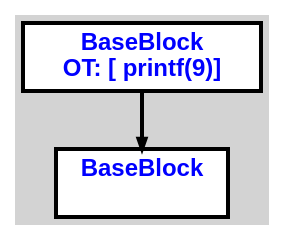
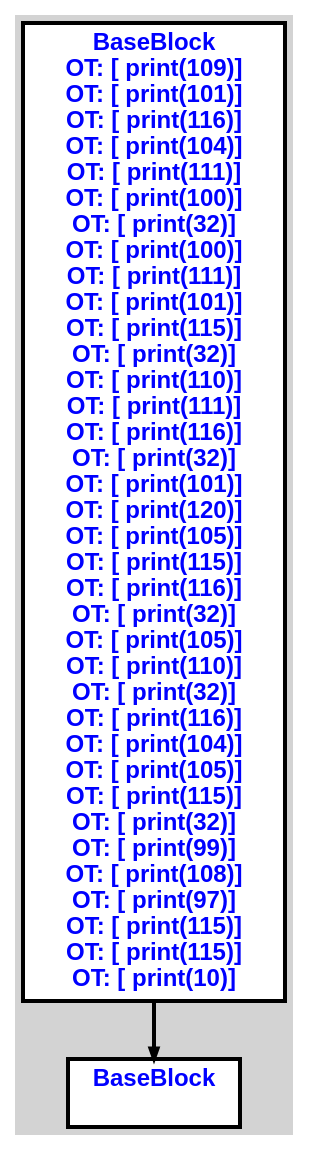
Before and after one commit to aveen007/CountingMonkeys: the diagram in cpoCompilerWin/input2.txt.error.dot, drawn with Graphviz. The commit also changed 27 other files, not shown here.

```diff
--- a/cpoCompilerWin/input2.txt.error.dot
+++ b/cpoCompilerWin/input2.txt.error.dot
@@ -1,11 +1,46 @@
 digraph G {
 ordering=out;
 ranksep=.4;
 bgcolor="lightgrey";  node [shape=box, fixedsize=false, fontsize=12, fontname="Helvetica-bold", fontcolor="blue"
 width=.25, height=.25, color="black", fillcolor="white", style="filled, solid, bold"];
 
-edge [arrowsize=.5, color="black", style="bold"]    n0000120A749253C0 [label="BaseBlock\n OT: [ printf(9)]
+edge [arrowsize=.5, color="black", style="bold"]    n0000126D3A2A4C40 [label="BaseBlock\n OT: [ print(109)]
+OT: [ print(101)]
+OT: [ print(116)]
+OT: [ print(104)]
+OT: [ print(111)]
+OT: [ print(100)]
+OT: [ print(32)]
+OT: [ print(100)]
+OT: [ print(111)]
+OT: [ print(101)]
+OT: [ print(115)]
+OT: [ print(32)]
+OT: [ print(110)]
+OT: [ print(111)]
+OT: [ print(116)]
+OT: [ print(32)]
+OT: [ print(101)]
+OT: [ print(120)]
+OT: [ print(105)]
+OT: [ print(115)]
+OT: [ print(116)]
+OT: [ print(32)]
+OT: [ print(105)]
+OT: [ print(110)]
+OT: [ print(32)]
+OT: [ print(116)]
+OT: [ print(104)]
+OT: [ print(105)]
+OT: [ print(115)]
+OT: [ print(32)]
+OT: [ print(99)]
+OT: [ print(108)]
+OT: [ print(97)]
+OT: [ print(115)]
+OT: [ print(115)]
+OT: [ print(10)]
 "]
-    n0000120A74925420 [label="BaseBlock\n "]
-    n0000120A749253C0 -> n0000120A74925420
+    n0000126D3A2A4E20 [label="BaseBlock\n "]
+    n0000126D3A2A4C40 -> n0000126D3A2A4E20
 }
```
